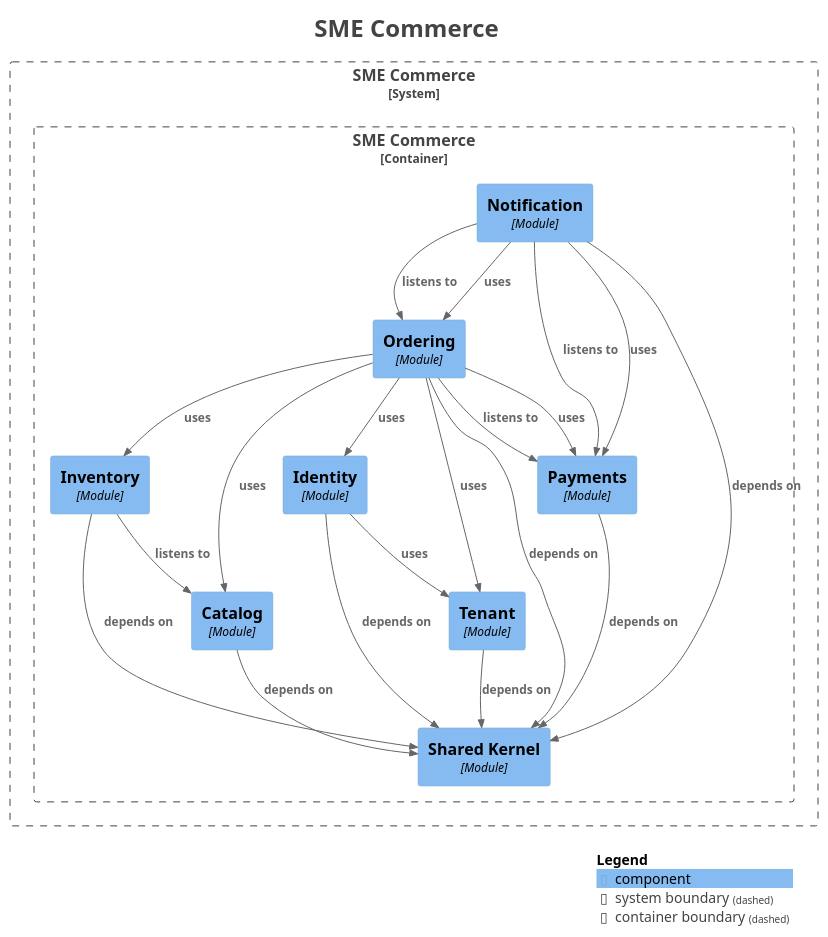
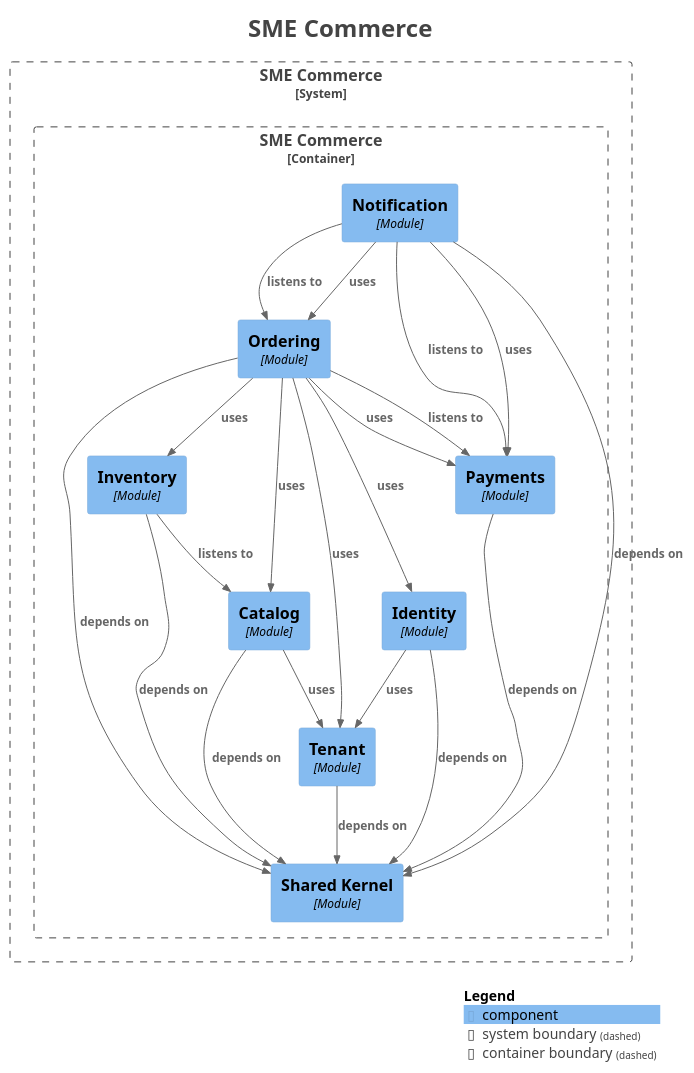
One commit to hezronokwach/sme-commerce-platform changed the diagram in docs/modules/components.puml. Above: the diagram before and after it, drawn with PlantUML. The commit also changed 23 other files, not shown here.

```diff
--- a/docs/modules/components.puml
+++ b/docs/modules/components.puml
@@ -1,54 +1,55 @@
 @startuml
 title <size:24>SME Commerce</size>
 
 set separator none
 top to bottom direction
 
 <style>
   root {
     BackgroundColor: #ffffff
     FontColor: #444444
   }
 </style>
 
 !include <C4/C4>
 !include <C4/C4_Context>
 !include <C4/C4_Component>
 
 System_Boundary("SMECommerce_boundary", "SME Commerce", $tags="") {
   Container_Boundary("SMECommerce.SMECommerce_boundary", "SME Commerce", $tags="") {
     Component(SMECommerce.SMECommerce.Inventory, "Inventory", $techn="Module", $descr="", $tags="", $link="")
     Component(SMECommerce.SMECommerce.Ordering, "Ordering", $techn="Module", $descr="", $tags="", $link="")
     Component(SMECommerce.SMECommerce.Notification, "Notification", $techn="Module", $descr="", $tags="", $link="")
     Component(SMECommerce.SMECommerce.SharedKernel, "Shared Kernel", $techn="Module", $descr="", $tags="", $link="")
-    Component(SMECommerce.SMECommerce.Catalog, "Catalog", $techn="Module", $descr="", $tags="", $link="")
     Component(SMECommerce.SMECommerce.Payments, "Payments", $techn="Module", $descr="", $tags="", $link="")
     Component(SMECommerce.SMECommerce.Tenant, "Tenant", $techn="Module", $descr="", $tags="", $link="")
+    Component(SMECommerce.SMECommerce.Catalog, "Catalog", $techn="Module", $descr="", $tags="", $link="")
     Component(SMECommerce.SMECommerce.Identity, "Identity", $techn="Module", $descr="", $tags="", $link="")
   }
 
 }
 
+Rel(SMECommerce.SMECommerce.Payments, SMECommerce.SMECommerce.SharedKernel, "depends on", $techn="", $tags="", $link="")
+Rel(SMECommerce.SMECommerce.Identity, SMECommerce.SMECommerce.SharedKernel, "depends on", $techn="", $tags="", $link="")
+Rel(SMECommerce.SMECommerce.Identity, SMECommerce.SMECommerce.Tenant, "uses", $techn="", $tags="", $link="")
+Rel(SMECommerce.SMECommerce.Inventory, SMECommerce.SMECommerce.Catalog, "listens to", $techn="", $tags="", $link="")
+Rel(SMECommerce.SMECommerce.Inventory, SMECommerce.SMECommerce.SharedKernel, "depends on", $techn="", $tags="", $link="")
 Rel(SMECommerce.SMECommerce.Tenant, SMECommerce.SMECommerce.SharedKernel, "depends on", $techn="", $tags="", $link="")
-Rel(SMECommerce.SMECommerce.Notification, SMECommerce.SMECommerce.Ordering, "listens to", $techn="", $tags="", $link="")
-Rel(SMECommerce.SMECommerce.Notification, SMECommerce.SMECommerce.Payments, "listens to", $techn="", $tags="", $link="")
-Rel(SMECommerce.SMECommerce.Notification, SMECommerce.SMECommerce.SharedKernel, "depends on", $techn="", $tags="", $link="")
-Rel(SMECommerce.SMECommerce.Notification, SMECommerce.SMECommerce.Ordering, "uses", $techn="", $tags="", $link="")
-Rel(SMECommerce.SMECommerce.Notification, SMECommerce.SMECommerce.Payments, "uses", $techn="", $tags="", $link="")
+Rel(SMECommerce.SMECommerce.Catalog, SMECommerce.SMECommerce.SharedKernel, "depends on", $techn="", $tags="", $link="")
+Rel(SMECommerce.SMECommerce.Catalog, SMECommerce.SMECommerce.Tenant, "uses", $techn="", $tags="", $link="")
 Rel(SMECommerce.SMECommerce.Ordering, SMECommerce.SMECommerce.Payments, "listens to", $techn="", $tags="", $link="")
 Rel(SMECommerce.SMECommerce.Ordering, SMECommerce.SMECommerce.SharedKernel, "depends on", $techn="", $tags="", $link="")
 Rel(SMECommerce.SMECommerce.Ordering, SMECommerce.SMECommerce.Tenant, "uses", $techn="", $tags="", $link="")
 Rel(SMECommerce.SMECommerce.Ordering, SMECommerce.SMECommerce.Inventory, "uses", $techn="", $tags="", $link="")
 Rel(SMECommerce.SMECommerce.Ordering, SMECommerce.SMECommerce.Catalog, "uses", $techn="", $tags="", $link="")
 Rel(SMECommerce.SMECommerce.Ordering, SMECommerce.SMECommerce.Identity, "uses", $techn="", $tags="", $link="")
 Rel(SMECommerce.SMECommerce.Ordering, SMECommerce.SMECommerce.Payments, "uses", $techn="", $tags="", $link="")
-Rel(SMECommerce.SMECommerce.Payments, SMECommerce.SMECommerce.SharedKernel, "depends on", $techn="", $tags="", $link="")
-Rel(SMECommerce.SMECommerce.Catalog, SMECommerce.SMECommerce.SharedKernel, "depends on", $techn="", $tags="", $link="")
-Rel(SMECommerce.SMECommerce.Inventory, SMECommerce.SMECommerce.Catalog, "listens to", $techn="", $tags="", $link="")
-Rel(SMECommerce.SMECommerce.Inventory, SMECommerce.SMECommerce.SharedKernel, "depends on", $techn="", $tags="", $link="")
-Rel(SMECommerce.SMECommerce.Identity, SMECommerce.SMECommerce.SharedKernel, "depends on", $techn="", $tags="", $link="")
-Rel(SMECommerce.SMECommerce.Identity, SMECommerce.SMECommerce.Tenant, "uses", $techn="", $tags="", $link="")
+Rel(SMECommerce.SMECommerce.Notification, SMECommerce.SMECommerce.Payments, "listens to", $techn="", $tags="", $link="")
+Rel(SMECommerce.SMECommerce.Notification, SMECommerce.SMECommerce.Ordering, "listens to", $techn="", $tags="", $link="")
+Rel(SMECommerce.SMECommerce.Notification, SMECommerce.SMECommerce.SharedKernel, "depends on", $techn="", $tags="", $link="")
+Rel(SMECommerce.SMECommerce.Notification, SMECommerce.SMECommerce.Ordering, "uses", $techn="", $tags="", $link="")
+Rel(SMECommerce.SMECommerce.Notification, SMECommerce.SMECommerce.Payments, "uses", $techn="", $tags="", $link="")
 
 SHOW_LEGEND(true)
 hide stereotypes
 @enduml
```
